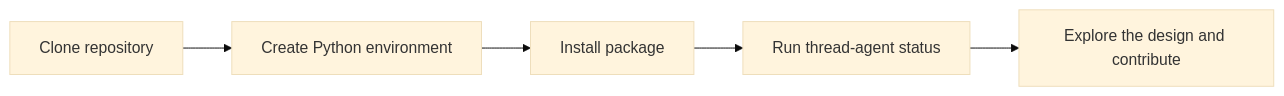
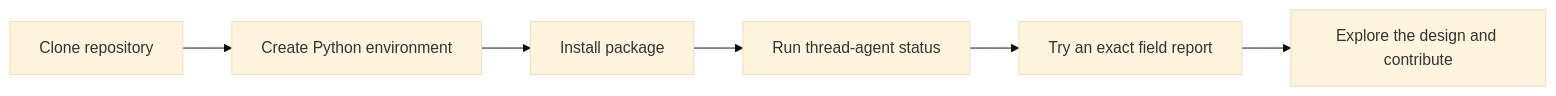
The first of 2 diagrams in README.md (KrishnendraPrakash/thread), drawn with Mermaid (base theme) before and after one commit. The commit also changed other lines of this file and 35 other files, not shown here.

````diff
--- a/README.md
+++ b/README.md
@@ -68,7 +77,8 @@
 ```mermaid
 flowchart LR
     clone["Clone repository"] --> env["Create Python environment"]
     env --> install["Install package"]
     install --> status["Run thread-agent status"]
-    status --> explore["Explore the design and contribute"]
+    status --> lookup["Try an exact field report"]
+    lookup --> explore["Explore the design and contribute"]
 ```
````
